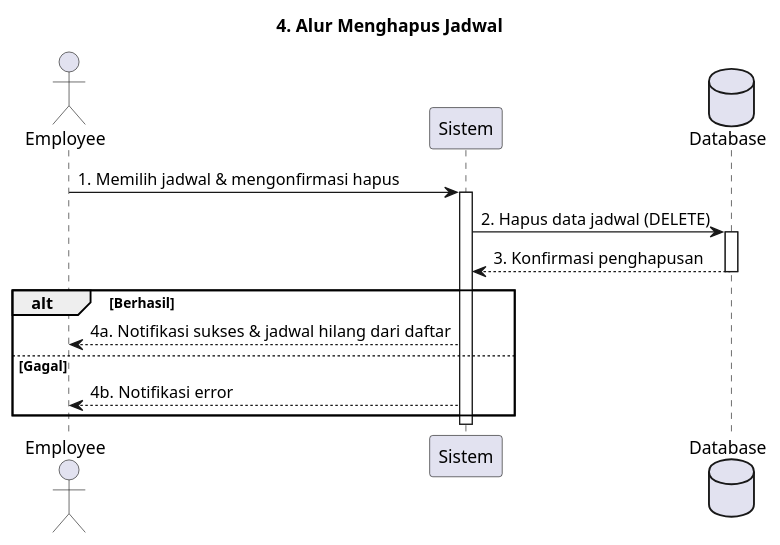
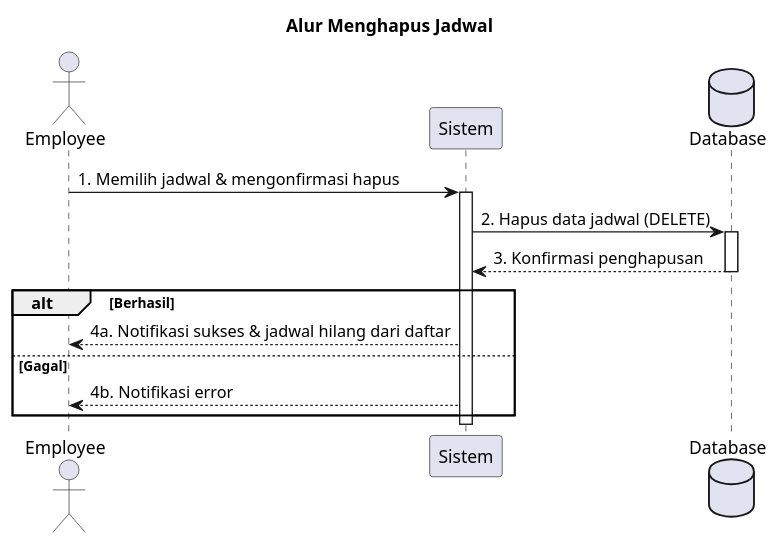
The diagram in JurnalAPPL/SequenceDiagram/Employee/KelolaJadwal/MenghapusJadwal.puml (myasirnovals/Appl), drawn with PlantUML before and after one commit. The commit also changed 6 other files, not shown here.

```diff
--- a/JurnalAPPL/SequenceDiagram/Employee/KelolaJadwal/MenghapusJadwal.puml
+++ b/JurnalAPPL/SequenceDiagram/Employee/KelolaJadwal/MenghapusJadwal.puml
@@ -1,22 +1,22 @@
 @startuml
 actor Employee
 participant "Sistem" as System
 database "Database" as DB
 
-title 4. Alur Menghapus Jadwal
+title Alur Menghapus Jadwal
 
 Employee -> System : 1. Memilih jadwal & mengonfirmasi hapus
 activate System
 System -> DB : 2. Hapus data jadwal (DELETE)
 activate DB
 DB --> System : 3. Konfirmasi penghapusan
 deactivate DB
 
 alt Berhasil
     System --> Employee : 4a. Notifikasi sukses & jadwal hilang dari daftar
 else Gagal
     System --> Employee : 4b. Notifikasi error
 end
 
 deactivate System
 @enduml
```
